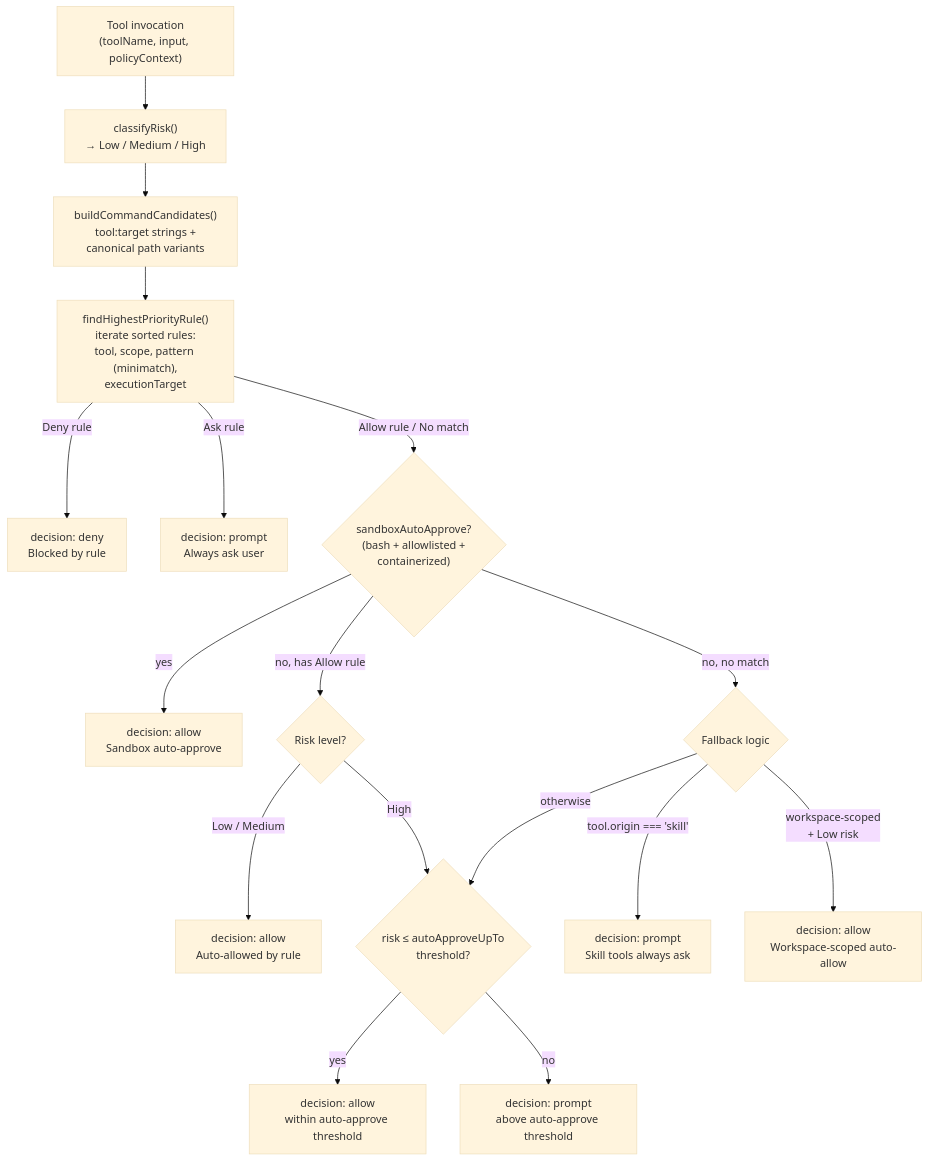
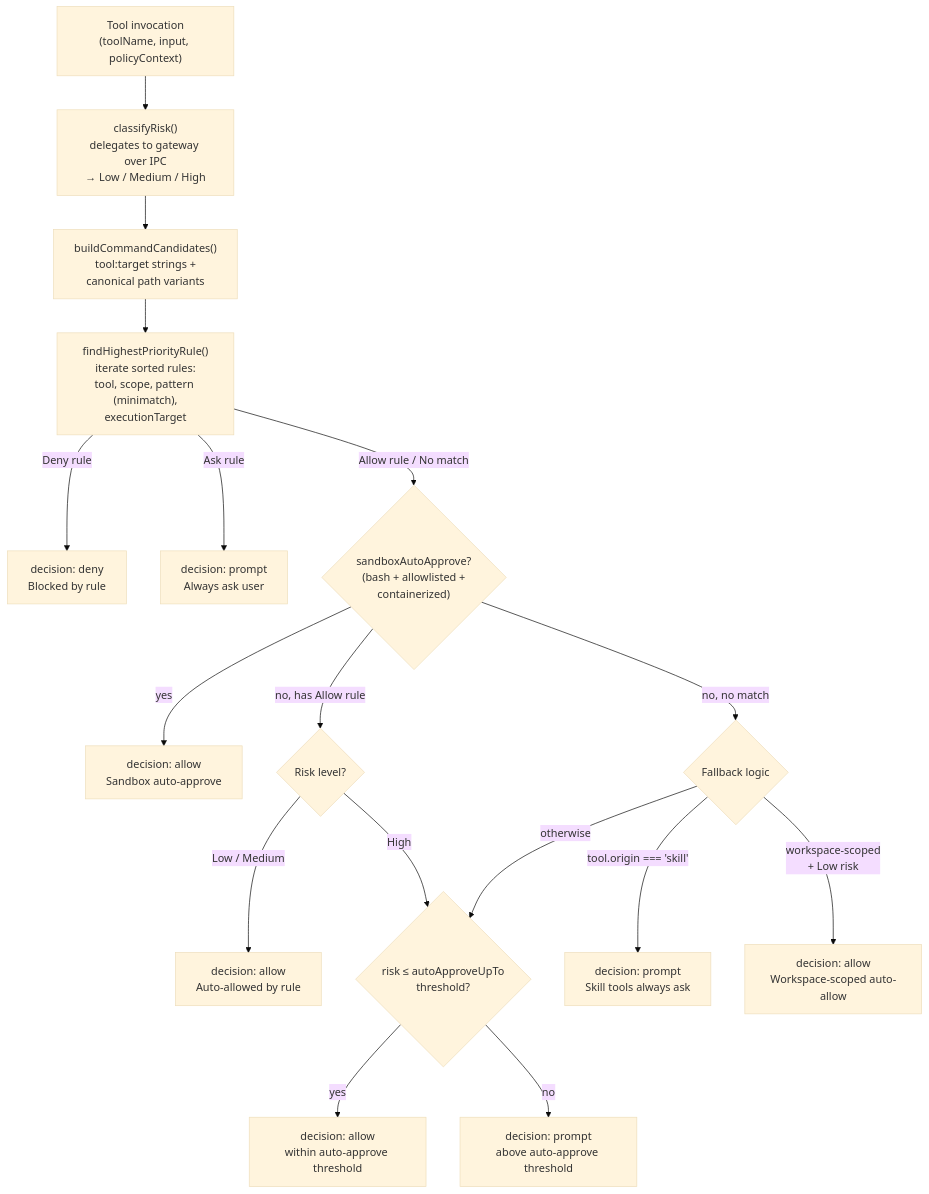
The first of 4 diagrams in assistant/docs/architecture/security.md (vellum-ai/vellum-assistant), drawn with Mermaid (base theme) before and after one commit. The commit also changed other lines of this file, not shown here.

First line of the commit message:
docs(security): record that risk classification is gateway-owned

````diff
--- a/assistant/docs/architecture/security.md
+++ b/assistant/docs/architecture/security.md
@@ -11,25 +11,25 @@
 ```mermaid
 graph TB
-    TOOL_CALL["Tool invocation<br/>(toolName, input, policyContext)"] --> CLASSIFY["classifyRisk()<br/>→ Low / Medium / High"]
+    TOOL_CALL["Tool invocation<br/>(toolName, input, policyContext)"] --> CLASSIFY["classifyRisk()<br/>delegates to gateway over IPC<br/>→ Low / Medium / High"]
     CLASSIFY --> CANDIDATES["buildCommandCandidates()<br/>tool:target strings +<br/>canonical path variants"]
     CANDIDATES --> FIND_RULE["findHighestPriorityRule()<br/>iterate sorted rules:<br/>tool, scope, pattern (minimatch),<br/>executionTarget"]
 
     FIND_RULE -->|"Deny rule"| DENY["decision: deny<br/>Blocked by rule"]
     FIND_RULE -->|"Ask rule"| PROMPT_ASK["decision: prompt<br/>Always ask user"]
     FIND_RULE -->|"Allow rule / No match"| SANDBOX_CHECK{"sandboxAutoApprove?<br/>(bash + allowlisted +<br/>containerized)"}
 
     SANDBOX_CHECK -->|"yes"| AUTO_SANDBOX["decision: allow<br/>Sandbox auto-approve"]
     SANDBOX_CHECK -->|"no, has Allow rule"| RISK_CHECK{"Risk level?"}
     SANDBOX_CHECK -->|"no, no match"| NO_MATCH{"Fallback logic"}
 
     RISK_CHECK -->|"Low / Medium"| AUTO_ALLOW["decision: allow<br/>Auto-allowed by rule"]
     RISK_CHECK -->|"High"| RISK_THRESHOLD{"Risk-based<br/>threshold fallback"}
 
     NO_MATCH -->|"tool.origin === 'skill'"| PROMPT_SKILL["decision: prompt<br/>Skill tools always ask"]
     NO_MATCH -->|"workspace-scoped<br/>+ Low risk"| AUTO_WS["decision: allow<br/>Workspace-scoped auto-allow"]
     NO_MATCH -->|"otherwise"| RISK_THRESHOLD
 
     RISK_THRESHOLD{"risk ≤ autoApproveUpTo<br/>threshold?"}
     RISK_THRESHOLD -->|"yes"| AUTO_THRESHOLD["decision: allow<br/>within auto-approve threshold"]
     RISK_THRESHOLD -->|"no"| PROMPT_THRESHOLD["decision: prompt<br/>above auto-approve threshold"]
 ```
````
